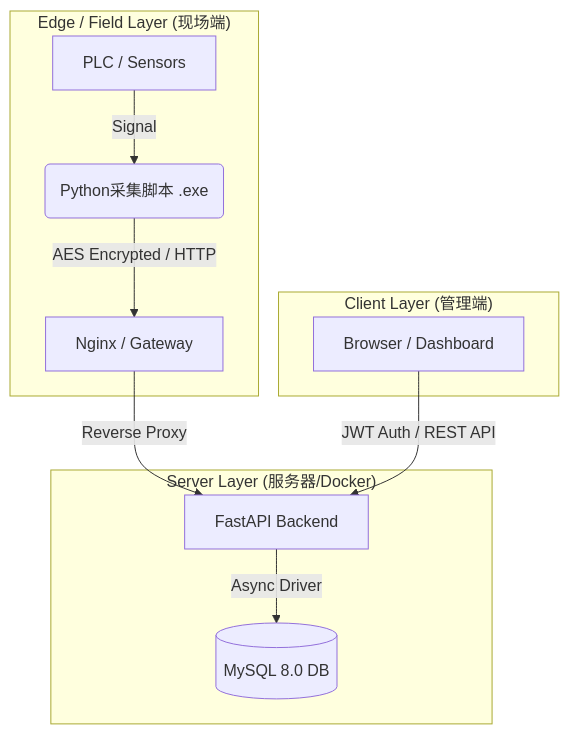
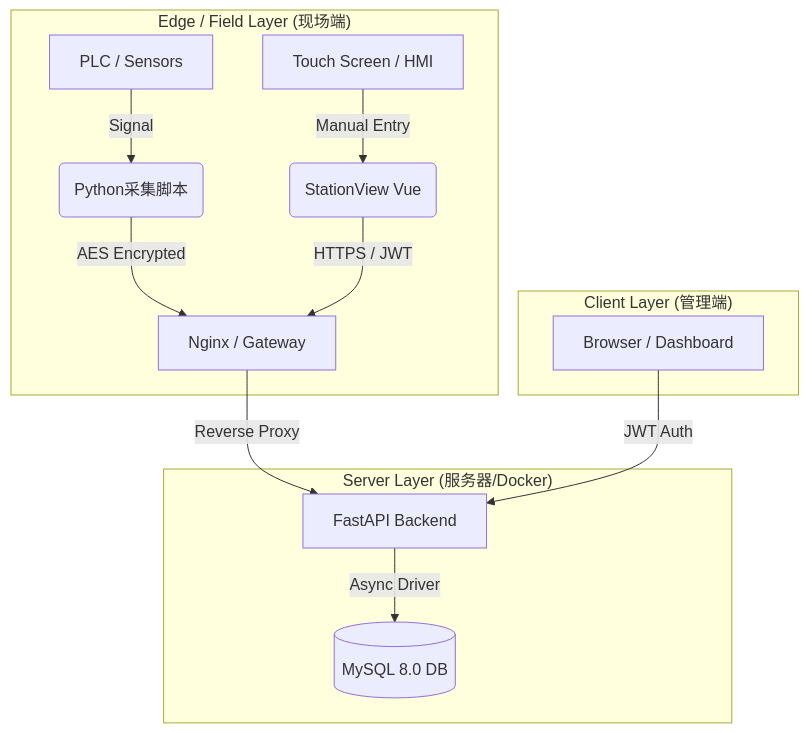
One commit to Run-HaJi/Mini-MES changed the diagram in README.md. Above: the diagram before and after it, drawn with Mermaid. The commit also changed other lines of this file and 12 other files, not shown here.

````diff
--- a/README.md
+++ b/README.md
@@ -92,17 +93,19 @@
 ```mermaid
 graph TD
     subgraph "Edge / Field Layer (现场端)"
-        A[PLC / Sensors] -->|Signal| B(Python采集脚本 .exe)
-        B -->|AES Encrypted / HTTP| C[Nginx / Gateway]
+        A[PLC / Sensors] -->|Signal| B(Python采集脚本)
+        H[Touch Screen / HMI] -->|Manual Entry| G(StationView Vue)
+        B -->|AES Encrypted| C[Nginx / Gateway]
+        G -->|HTTPS / JWT| C
     end
 
     subgraph "Server Layer (服务器/Docker)"
         C -->|Reverse Proxy| D[FastAPI Backend]
         D -->|Async Driver| E[(MySQL 8.0 DB)]
     end
 
     subgraph "Client Layer (管理端)"
-        F[Browser / Dashboard] -->|JWT Auth / REST API| D
+        F[Browser / Dashboard] -->|JWT Auth| D
     end
 
 ```
````
